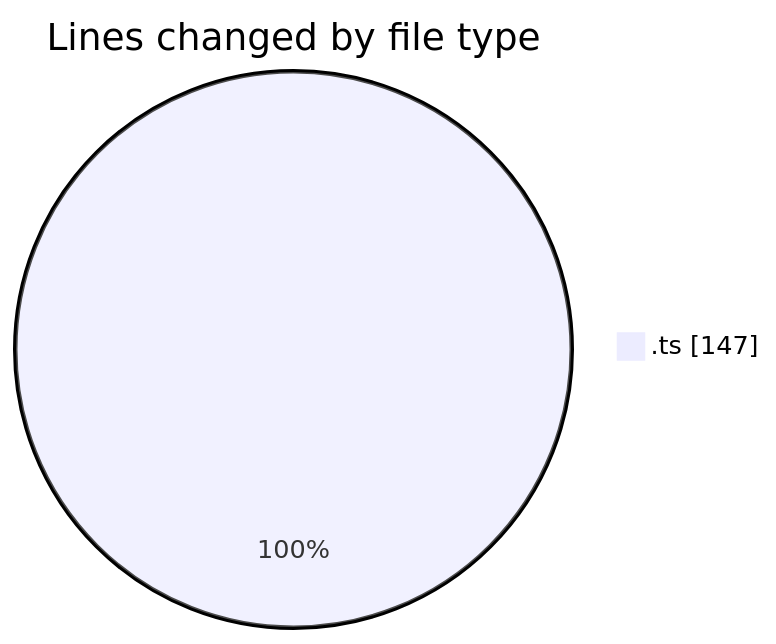
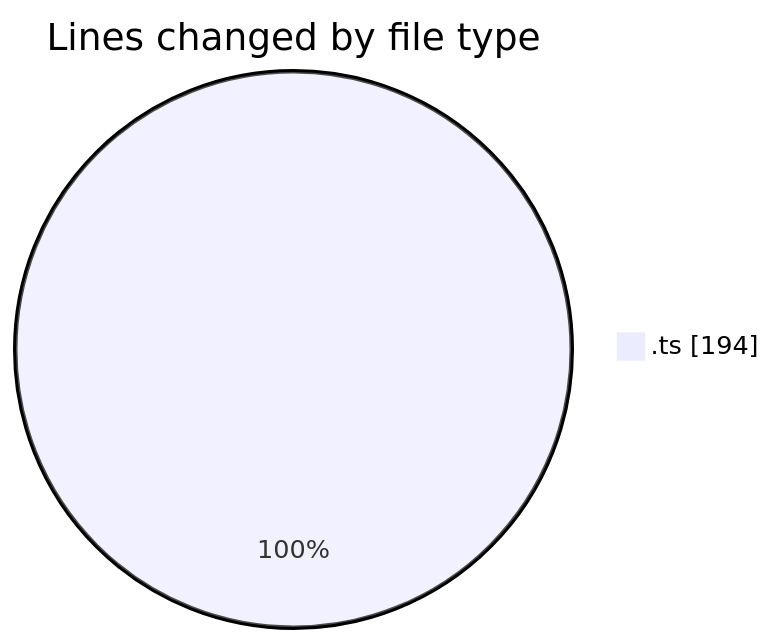
The first of 2 diagrams in 2025-01-14/github-activity-tracker/README.md (momahboobian/code-tracking), drawn with Mermaid before and after one commit. The commit also changed other lines of this file and 1 other file, not shown here.

````diff
--- a/2025-01-14/github-activity-tracker/README.md
+++ b/2025-01-14/github-activity-tracker/README.md
@@ -23,5 +24,5 @@
 ```mermaid
 pie showData
 title Lines changed by file type
-".ts" : 147
+".ts" : 194
 ```
````
